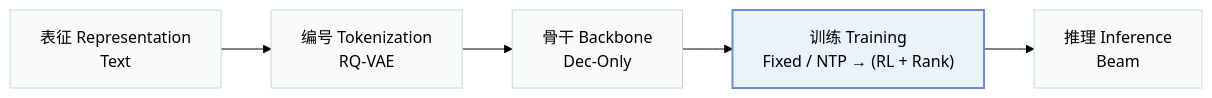
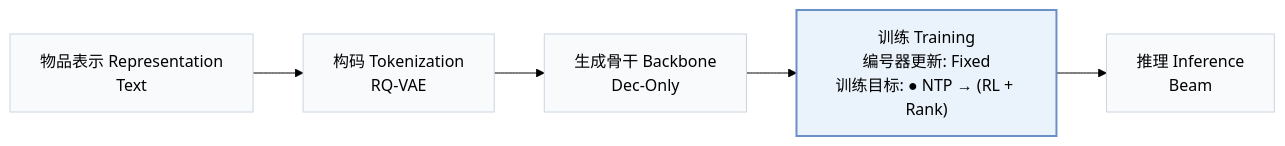
Before and after one commit to Galaxy-ghost/Awesome-SID-Generative-Rec: the first of 2 diagrams in pages/zh/papers/ugr.md, drawn with Mermaid (forest theme). The commit also changed other lines of this file and 558 other files, not shown here.

````diff
--- a/pages/zh/papers/ugr.md
+++ b/pages/zh/papers/ugr.md
@@ -15,8 +18,8 @@
 ```mermaid
 flowchart LR
-    R["表征 Representation<br/>Text"] --> T["编号 Tokenization<br/>RQ-VAE"] --> B["骨干 Backbone<br/>Dec-Only"] --> TR["训练 Training<br/>Fixed / NTP → (RL + Rank)"] --> I["推理 Inference<br/>Beam"]
+    R["物品表示 Representation<br/>Text"] --> T["构码 Tokenization<br/>RQ-VAE"] --> B["生成骨干 Backbone<br/>Dec-Only"] --> TR["训练 Training<br/>编号器更新: Fixed<br/>训练目标: ● NTP → (RL + Rank)"] --> I["推理 Inference<br/>Beam"]
     classDef base fill:#f8fafc,stroke:#cbd5e1
     class R,T,B,TR,I base
     classDef main fill:#eaf2fb,stroke:#6b8fc7,stroke-width:2px
     class TR main
 ```
````
